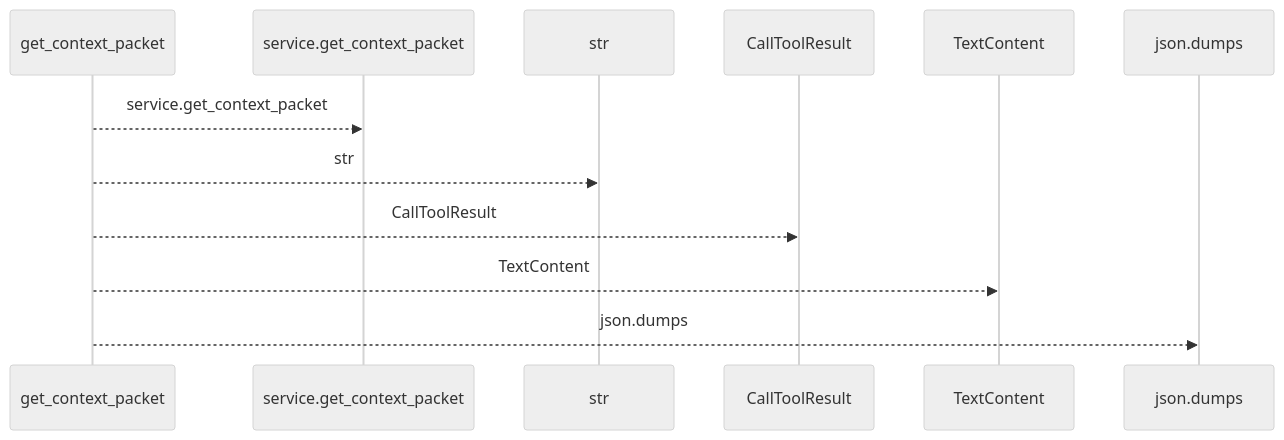
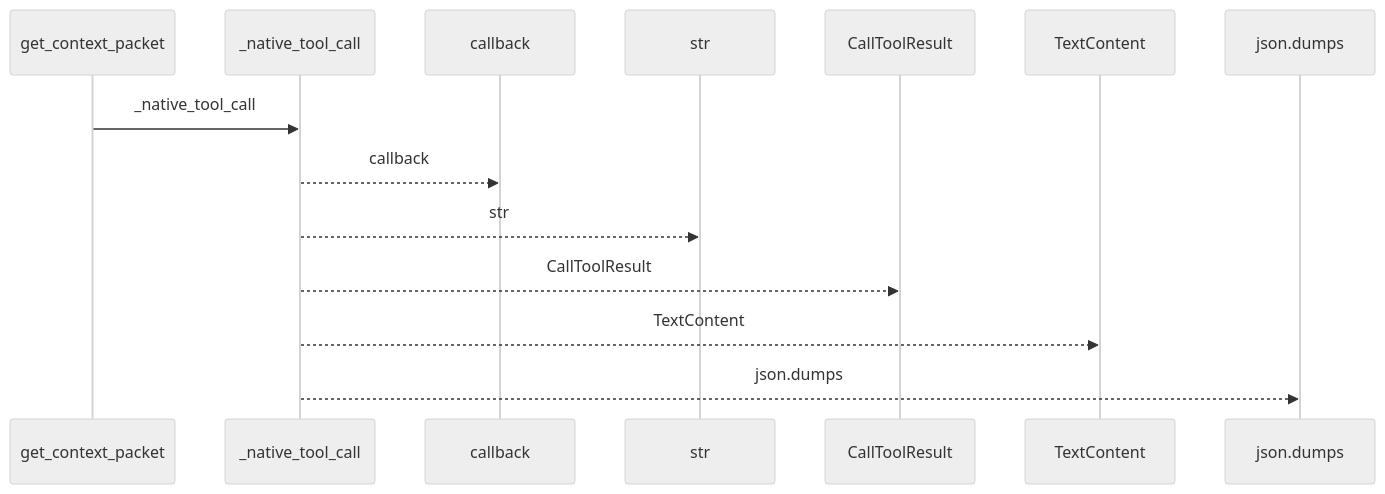
The first of 2 diagrams in docs/llm_wiki/flows/mcp-get_context_packet.md (Denissvgn/python-wiki-llm), drawn with Mermaid (neutral theme) before and after one commit. The commit also changed other lines of this file and 173 other files, not shown here.

````diff
--- a/docs/llm_wiki/flows/mcp-get_context_packet.md
+++ b/docs/llm_wiki/flows/mcp-get_context_packet.md
@@ -10,14 +10,16 @@
 ```mermaid
 sequenceDiagram
     participant p0 as get_context_packet
-    participant p1 as service.get_context_packet
-    participant p2 as str
-    participant p3 as CallToolResult
-    participant p4 as TextContent
-    participant p5 as json.dumps
-    p0-->>p1: service.get_context_packet
-    p0-->>p2: str
-    p0-->>p3: CallToolResult
-    p0-->>p4: TextContent
-    p0-->>p5: json.dumps
+    participant p1 as _native_tool_call
+    participant p2 as callback
+    participant p3 as str
+    participant p4 as CallToolResult
+    participant p5 as TextContent
+    participant p6 as json.dumps
+    p0->>p1: _native_tool_call
+    p1-->>p2: callback
+    p1-->>p3: str
+    p1-->>p4: CallToolResult
+    p1-->>p5: TextContent
+    p1-->>p6: json.dumps
 ```
````
